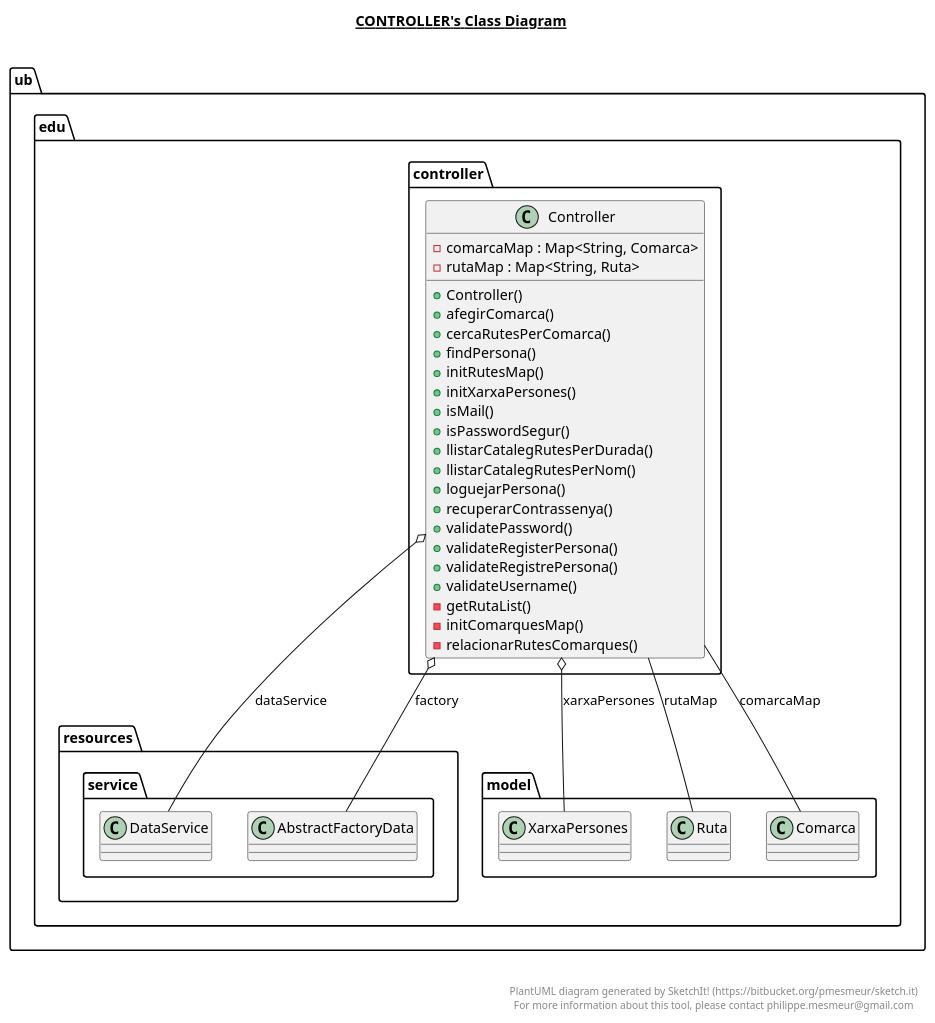
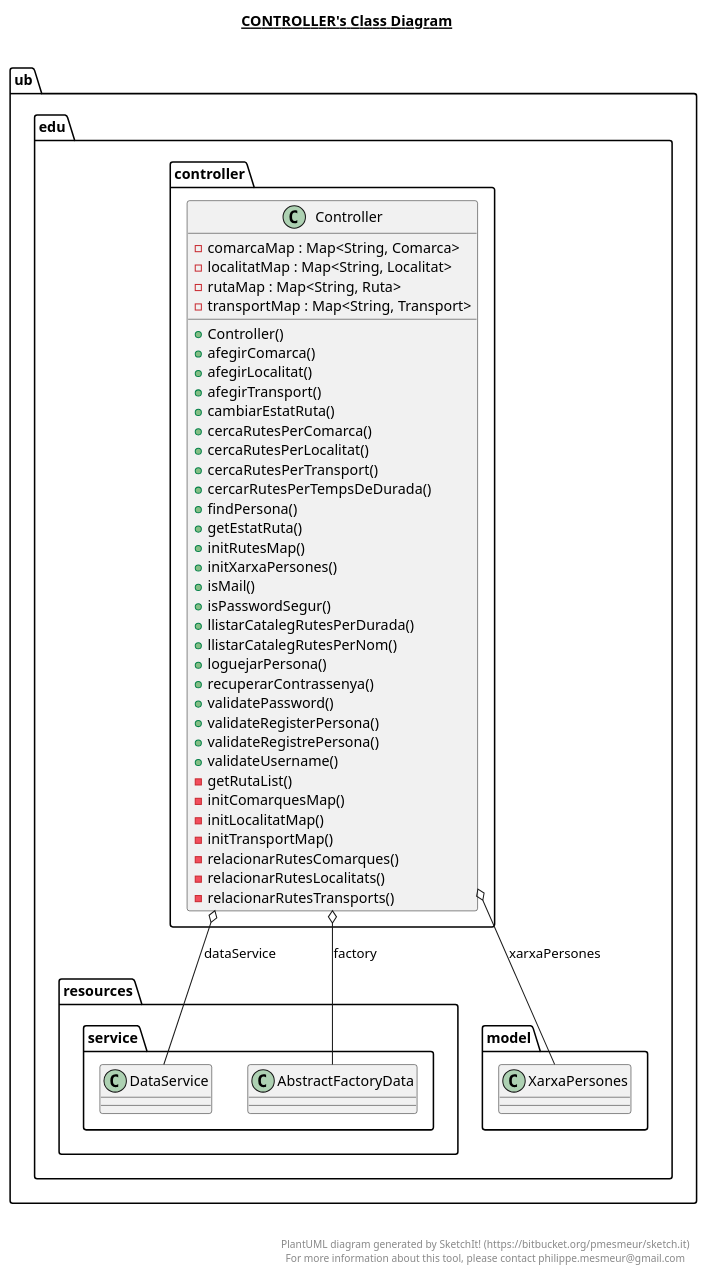
One commit to Samot2003/p3-tripu-dao-a12_reava changed the diagram in src/ub/edu/controller/controller.plantuml. Above: the diagram before and after it, drawn with PlantUML. The commit also changed 30 other files, not shown here.

```diff
--- a/src/ub/edu/controller/controller.plantuml
+++ b/src/ub/edu/controller/controller.plantuml
@@ -1,45 +1,57 @@
 @startuml
 
 title __CONTROLLER's Class Diagram__\n
 
   namespace ub.edu.controller {
     class ub.edu.controller.Controller {
         - comarcaMap : Map<String, Comarca>
+        - localitatMap : Map<String, Localitat>
         - rutaMap : Map<String, Ruta>
+        - transportMap : Map<String, Transport>
         + Controller()
         + afegirComarca()
+        + afegirLocalitat()
+        + afegirTransport()
+        + cambiarEstatRuta()
         + cercaRutesPerComarca()
+        + cercaRutesPerLocalitat()
+        + cercaRutesPerTransport()
+        + cercarRutesPerTempsDeDurada()
         + findPersona()
+        + getEstatRuta()
         + initRutesMap()
         + initXarxaPersones()
         + isMail()
         + isPasswordSegur()
         + llistarCatalegRutesPerDurada()
         + llistarCatalegRutesPerNom()
         + loguejarPersona()
         + recuperarContrassenya()
         + validatePassword()
         + validateRegisterPersona()
         + validateRegistrePersona()
         + validateUsername()
         - getRutaList()
         - initComarquesMap()
+        - initLocalitatMap()
+        - initTransportMap()
         - relacionarRutesComarques()
+        - relacionarRutesLocalitats()
+        - relacionarRutesTransports()
     }
   }
   
 
   ub.edu.controller.Controller o-- ub.edu.resources.service.DataService : dataService
   ub.edu.controller.Controller o-- ub.edu.resources.service.AbstractFactoryData : factory
   ub.edu.controller.Controller o-- ub.edu.model.XarxaPersones : xarxaPersones
-ub.edu.controller.Controller -- ub.edu.model.Ruta : rutaMap
-ub.edu.controller.Controller -- ub.edu.model.Comarca : comarcaMap
+
 
 right footer
 
 
 PlantUML diagram generated by SketchIt! (https://bitbucket.org/pmesmeur/sketch.it)
 For more information about this tool, please contact philippe.mesmeur@gmail.com
 endfooter
 
 @enduml
```
